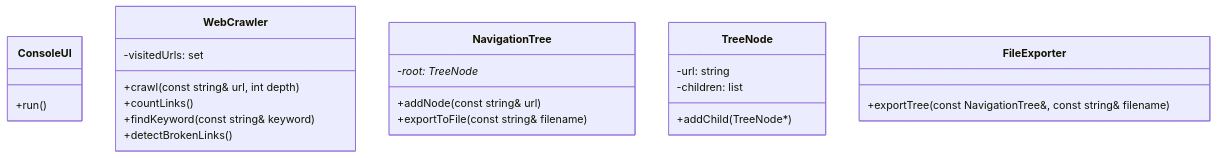
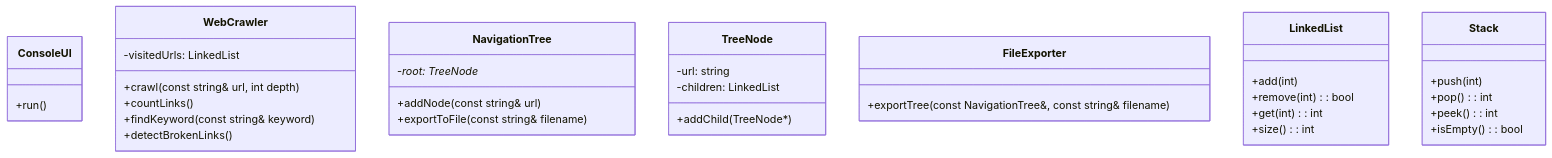
Before and after one commit to GGabrielDev/proyecto-actual-scrapper: the diagram in README.md, drawn with Mermaid. The commit also changed other lines of this file and 10 other files, not shown here.

````diff
--- a/README.md
+++ b/README.md
@@ -47,34 +45,49 @@
 ```mermaid
 classDiagram
     %% Capa de Presentación
     class ConsoleUI {
         +run()
     }
 
     %% Capa de Negocio
     class WebCrawler {
-        -visitedUrls: set<string>
+        -visitedUrls: LinkedList
         +crawl(const string& url, int depth)
         +countLinks()
         +findKeyword(const string& keyword)
         +detectBrokenLinks()
     }
 
     class NavigationTree {
         -root: TreeNode*
         +addNode(const string& url)
         +exportToFile(const string& filename)
     }
 
     %% Entidades de Dominio
     class TreeNode {
         -url: string
-        -children: list<TreeNode*>
+        -children: LinkedList
         +addChild(TreeNode*)
     }
 
     %% Capa de Datos
     class FileExporter {
         +exportTree(const NavigationTree&, const string& filename)
     }
+
+    %% Estructuras de Datos
+    class LinkedList {
+        +add(int)
+        +remove(int): bool
+        +get(int): int
+        +size(): int
+    }
+
+    class Stack {
+        +push(int)
+        +pop(): int
+        +peek(): int
+        +isEmpty(): bool
+    }
 ```
````
